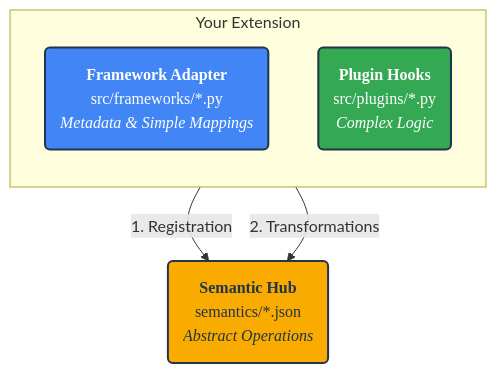
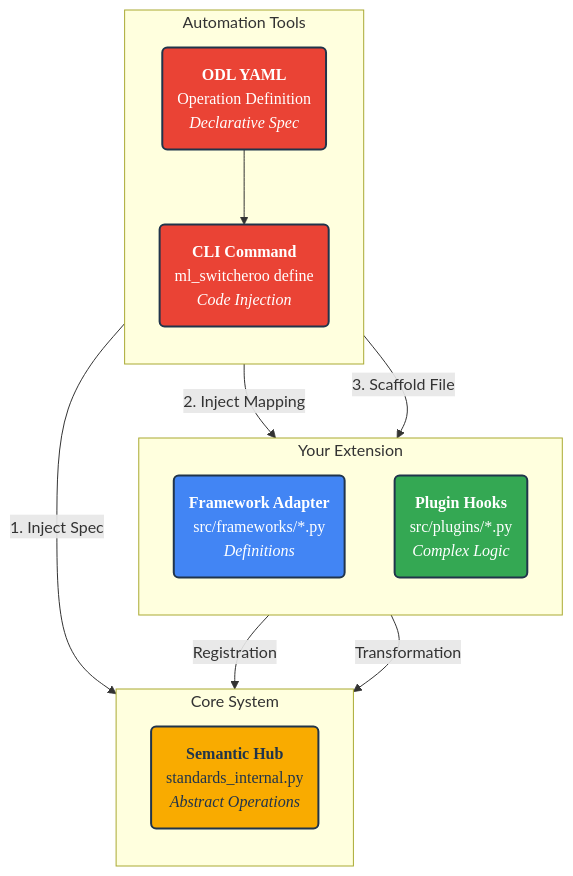
Before and after one commit to SamuelMarks/ml-switcheroo: the diagram in EXTENDING.md, drawn with Mermaid. The commit also changed other lines of this file and 40 other files, not shown here.

````diff
--- a/EXTENDING.md
+++ b/EXTENDING.md
@@ -18,18 +20,33 @@
 ```mermaid
 graph TD
-    %% Styles
-    classDef hub fill:#f9ab00,stroke:#20344b,stroke-width:2px,color:#20344b,font-family:'Google Sans',rx:5px;
-    classDef adapter fill:#4285f4,stroke:#20344b,stroke-width:2px,stroke-dasharray: 0,color:#ffffff,font-family:'Google Sans',rx:5px;
-    classDef plugin fill:#34a853,stroke:#20344b,stroke-width:2px,color:#ffffff,font-family:'Google Sans',rx:5px;
+%% Styles
+    classDef hub fill: #f9ab00, stroke: #20344b, stroke-width: 2px, color: #20344b, font-family: 'Google Sans', rx: 5px
+    classDef adapter fill: #4285f4, stroke: #20344b, stroke-width: 2px, stroke-dasharray: 0, color: #ffffff, font-family: 'Google Sans', rx: 5px
+    classDef plugin fill: #34a853, stroke: #20344b, stroke-width: 2px, color: #ffffff, font-family: 'Google Sans', rx: 5px
+    classDef tool fill: #ea4335, stroke: #20344b, stroke-width: 2px, color: #ffffff, font-family: 'Google Sans', rx: 5px
 
-    subgraph EXT [" Your Extension "]
+    subgraph EXT [Your Extension]
         direction TB
-        ADAPTER("<b>Framework Adapter</b><br/>src/frameworks/*.py<br/><i>Metadata & Simple Mappings</i>"):::adapter
+        ADAPTER("<b>Framework Adapter</b><br/>src/frameworks/*.py<br/><i>Definitions</i>"):::adapter
         PLUGIN("<b>Plugin Hooks</b><br/>src/plugins/*.py<br/><i>Complex Logic</i>"):::plugin
     end
 
-    HUB("<b> Semantic Hub </b><br/>semantics/*.json<br/><i>Abstract Operations</i>"):::hub
+    subgraph CORE [Core System]
+        direction TB
+        HUB("<b>Semantic Hub</b><br/>standards_internal.py<br/><i>Abstract Operations</i>"):::hub
+    end
 
-    ADAPTER -->|" 1. Registration "| HUB
-    PLUGIN -->|" 2. Transformations "| HUB
+    subgraph TOOLS [Automation Tools]
+        direction TB
+        DEFINE("<b>CLI Command</b><br/>ml_switcheroo define<br/><i>Code Injection</i>"):::tool
+        YAML("<b>ODL YAML</b><br/>Operation Definition<br/><i>Declarative Spec</i>"):::tool
+    end
+
+%% Wiring
+    YAML --> DEFINE
+    DEFINE -->|" 1. Inject Spec "| HUB
+    DEFINE -->|" 2. Inject Mapping "| ADAPTER
+    DEFINE -->|" 3. Scaffold File "| PLUGIN
+    ADAPTER -->|" Registration "| HUB
+    PLUGIN -->|" Transformation "| HUB
 ```
````
